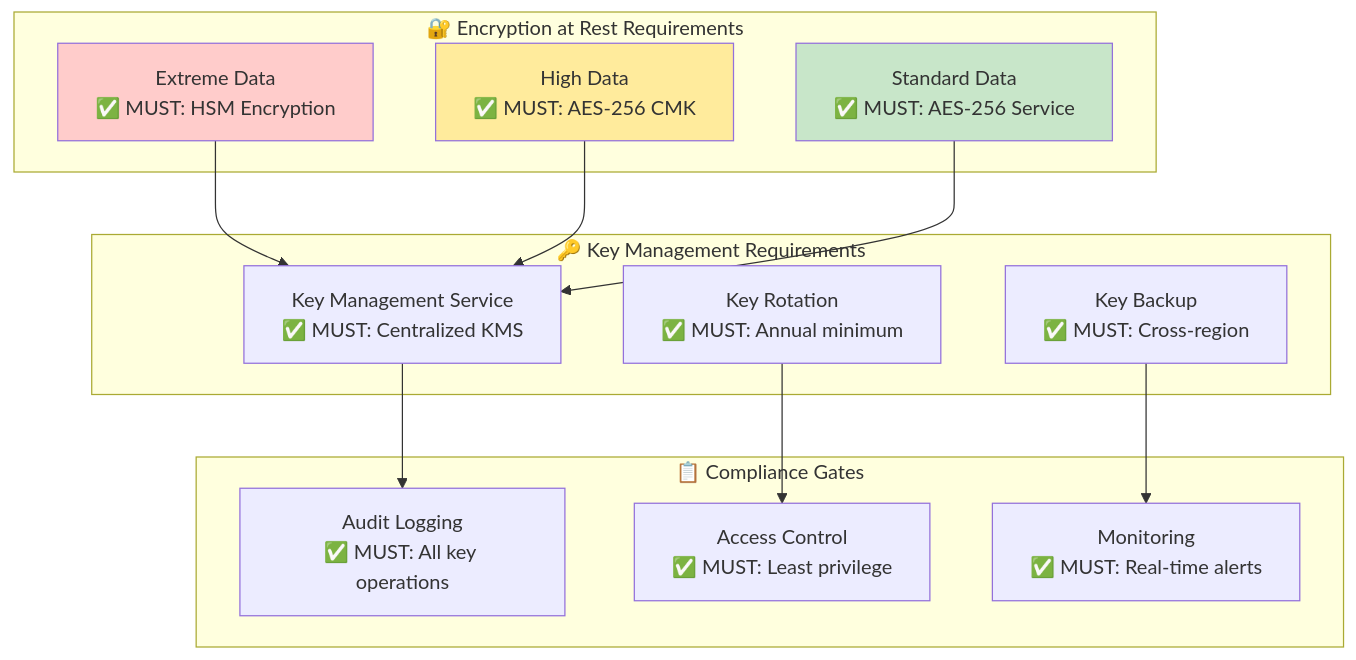
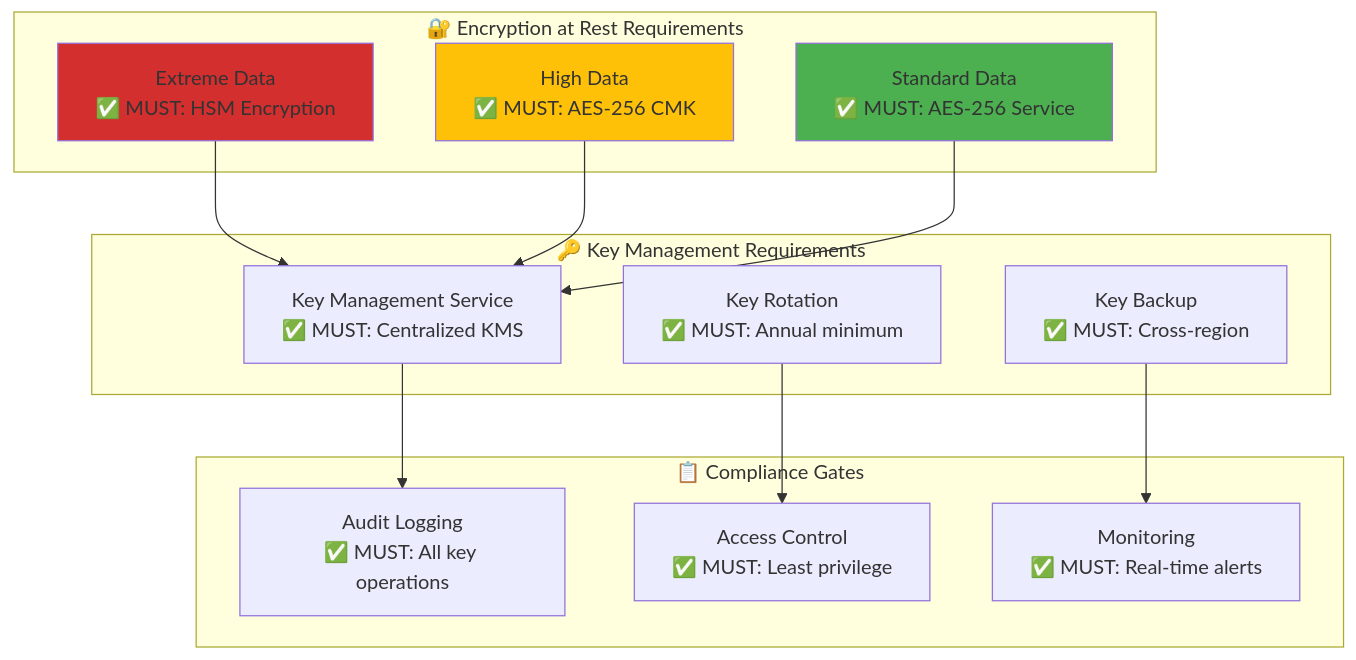
Before and after one commit to Hack23/ISMS-PUBLIC: the first of 6 diagrams in Cryptography_Policy.md, drawn with Mermaid. The commit also changed other lines of this file and 35 other files, not shown here.

````diff
--- a/Cryptography_Policy.md
+++ b/Cryptography_Policy.md
@@ -52,32 +52,32 @@
 ```mermaid
 flowchart TD
     subgraph "🔐 Encryption at Rest Requirements"
         EXTREME[Extreme Data<br/>✅ MUST: HSM Encryption]
         HIGH[High Data<br/>✅ MUST: AES-256 CMK]
         STANDARD[Standard Data<br/>✅ MUST: AES-256 Service]
     end
     
     subgraph "🔑 Key Management Requirements"
         KMS[Key Management Service<br/>✅ MUST: Centralized KMS]
         ROTATION[Key Rotation<br/>✅ MUST: Annual minimum]
         BACKUP[Key Backup<br/>✅ MUST: Cross-region]
     end
     
     subgraph "📋 Compliance Gates"
         AUDIT[Audit Logging<br/>✅ MUST: All key operations]
         ACCESS[Access Control<br/>✅ MUST: Least privilege]
         MONITORING[Monitoring<br/>✅ MUST: Real-time alerts]
     end
     
     EXTREME --> KMS
     HIGH --> KMS
     STANDARD --> KMS
     
     KMS --> AUDIT
     ROTATION --> ACCESS
     BACKUP --> MONITORING
     
-    style EXTREME fill:#ffcccb
-    style HIGH fill:#ffeb9c
-    style STANDARD fill:#c8e6c9
+    style EXTREME fill:#D32F2F
+    style HIGH fill:#FFC107
+    style STANDARD fill:#4CAF50
 ```
````
